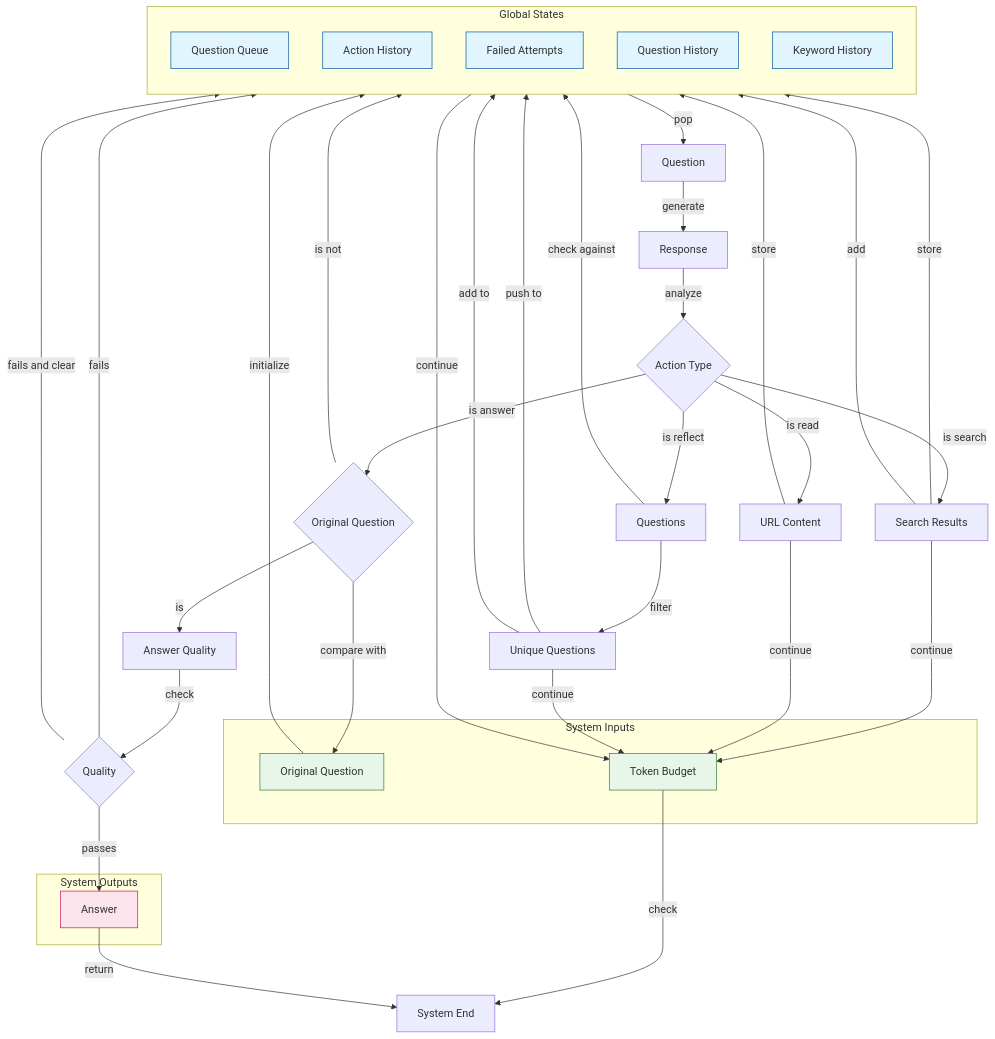
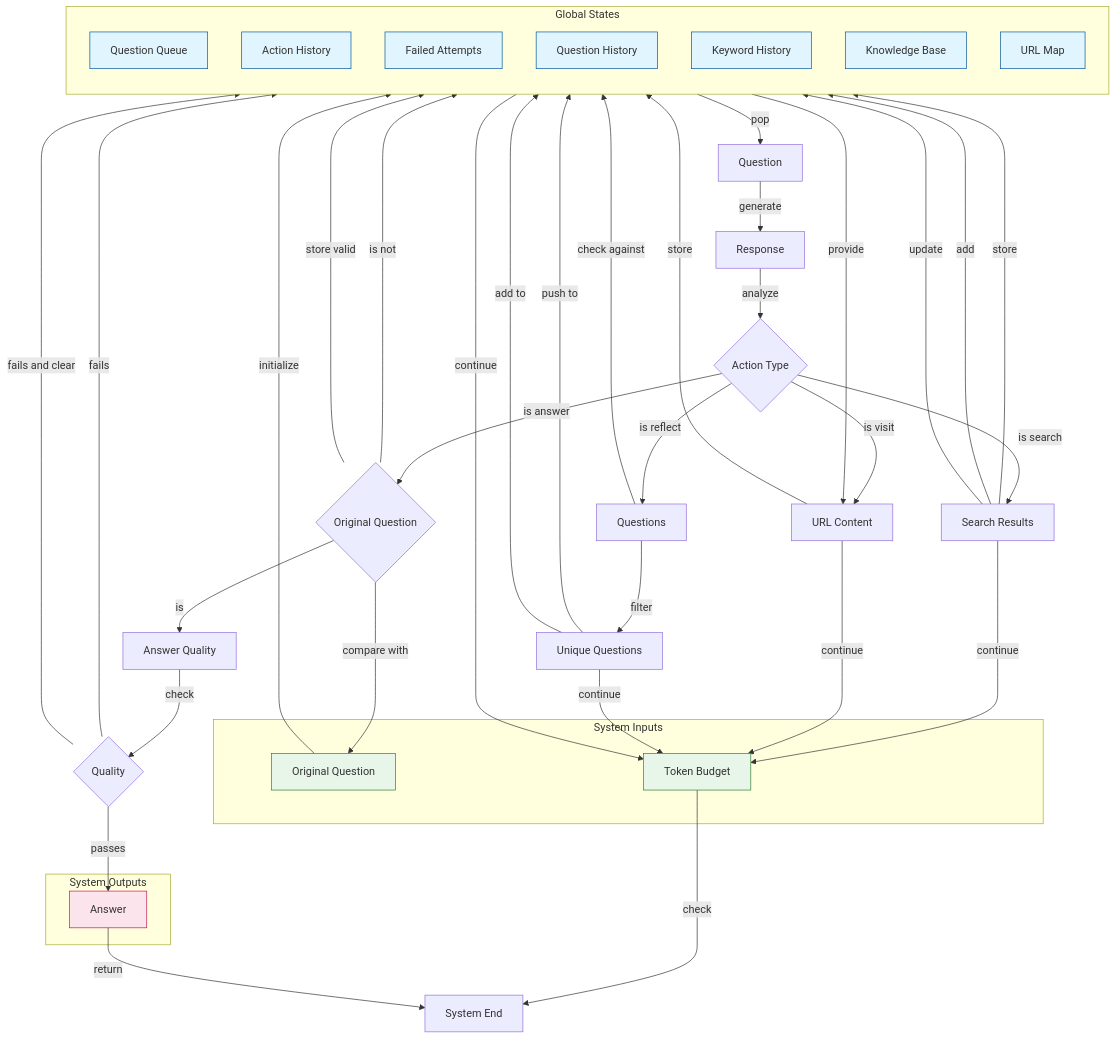
One commit to zarasmagla/node-DeepResearch changed the diagram in README.md. Above: the diagram before and after it, drawn with Mermaid.

````diff
--- a/README.md
+++ b/README.md
@@ -20,64 +20,68 @@
 ```mermaid
-
 flowchart TD
     subgraph Inputs[System Inputs]
         OrigQuestion[Original Question]
         TokenBudget[Token Budget]
     end
 
     subgraph States[Global States]
         direction TB
         GapQueue[Question Queue]
         ContextStore[Action History]
         BadStore[Failed Attempts]
         QuestionStore[Question History]
         KeywordStore[Keyword History]
+        KnowledgeStore[Knowledge Base]
+        URLStore[URL Map]
     end
 
     subgraph Outputs[System Outputs]
         FinalAnswer[Answer]
     end
 
     TokenBudget -->|check| End[System End]
     
     OrigQuestion -->|initialize| GapQueue
     GapQueue -->|pop| NextQ[Question]
     NextQ -->|generate| AIResponse[Response]
     AIResponse -->|analyze| ActionType{Action Type}
     
     ActionType -->|is search| SearchOp[Search Results]
     SearchOp -->|store| ContextStore
     SearchOp -->|add| KeywordStore
+    SearchOp -->|update| URLStore
     SearchOp -->|continue| TokenBudget
     
-    ActionType -->|is read| URLData[URL Content]
+    ActionType -->|is visit| URLData[URL Content]
     URLData -->|store| ContextStore
+    URLStore -->|provide| URLData
     URLData -->|continue| TokenBudget
     
     ActionType -->|is reflect| NewQuestions[Questions]
     NewQuestions -->|check against| QuestionStore
     NewQuestions -->|filter| UniqueQuestions[Unique Questions]
     UniqueQuestions -->|push to| GapQueue
     UniqueQuestions -->|add to| QuestionStore
     UniqueQuestions -->|continue| TokenBudget
     
     ActionType -->|is answer| AnswerCheck{Original Question}
     AnswerCheck -->|compare with| OrigQuestion
     AnswerCheck -->|is not| ContextStore
+    AnswerCheck -->|store valid| KnowledgeStore
     ContextStore -->|continue| TokenBudget
     
     AnswerCheck -->|is| Evaluation[Answer Quality]
     Evaluation -->|check| ValidCheck{Quality}
     ValidCheck -->|passes| FinalAnswer
     FinalAnswer -->|return| End
     
     ValidCheck -->|fails| BadStore
     ValidCheck -->|fails and clear| ContextStore
 
     classDef state fill:#e1f5fe,stroke:#01579b
     classDef input fill:#e8f5e9,stroke:#2e7d32
     classDef output fill:#fce4ec,stroke:#c2185b
-    class GapQueue,ContextStore,BadStore,QuestionStore,KeywordStore state
+    class GapQueue,ContextStore,BadStore,QuestionStore,KeywordStore,KnowledgeStore,URLStore state
     class OrigQuestion,TokenBudget input
     class FinalAnswer output
 ```
````
